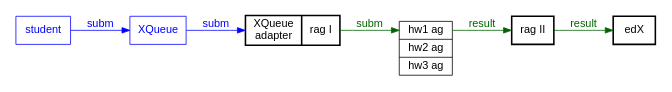
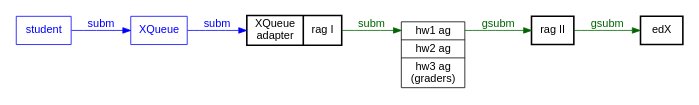
Before and after one commit to commongrader/spec: the diagram in assets/flow-xqueue-rag.gv, drawn with Graphviz. The commit also changed 10 other files, not shown here.

```diff
--- a/assets/flow-xqueue-rag.gv
+++ b/assets/flow-xqueue-rag.gv
@@ -1,36 +1,36 @@
 digraph Diagram {
     // -- COMMON -- //
     rankdir = LR;
     node [fontname=Helvetica shape=record];
     edge [fontname=Helvetica];
     graph [dpi=50];
 
     subgraph external {
         node[color=blue fontcolor=blue];
         edge[color=blue fontcolor=blue];
     }
     subgraph internal {
         edge[color=darkgreen fontcolor=darkgreen];
     }
     // -- COMMON -- //
     
     subgraph external {
         student [label="student"];
         subm_db [label="XQueue"];
     }
     subgraph internal {
         custom1 [label="{ XQueue\nadapter | rag I }" style=bold];
-        assns [label="<hw1> hw1 ag | <hw2> hw2 ag | <hw3> hw3 ag"];
+        assns [label="<hw1> hw1 ag | <hw2> hw2 ag | <hw3> hw3 ag\n(graders)"];
         custom2 [label="rag II" style=bold];
         grade_db [label="edX" style=bold];
     }
     subgraph external {
         student -> subm_db [label="subm"];
         subm_db -> custom1 [label="subm"];
     }
     subgraph internal {
         custom1 -> assns:hw1 [label="subm"];
-        assns:hw1 -> custom2 [label="result"];
-        custom2 -> grade_db [label="result"];
+        assns:hw1 -> custom2 [label="gsubm"];
+        custom2 -> grade_db [label="gsubm"];
     }
 }
```
